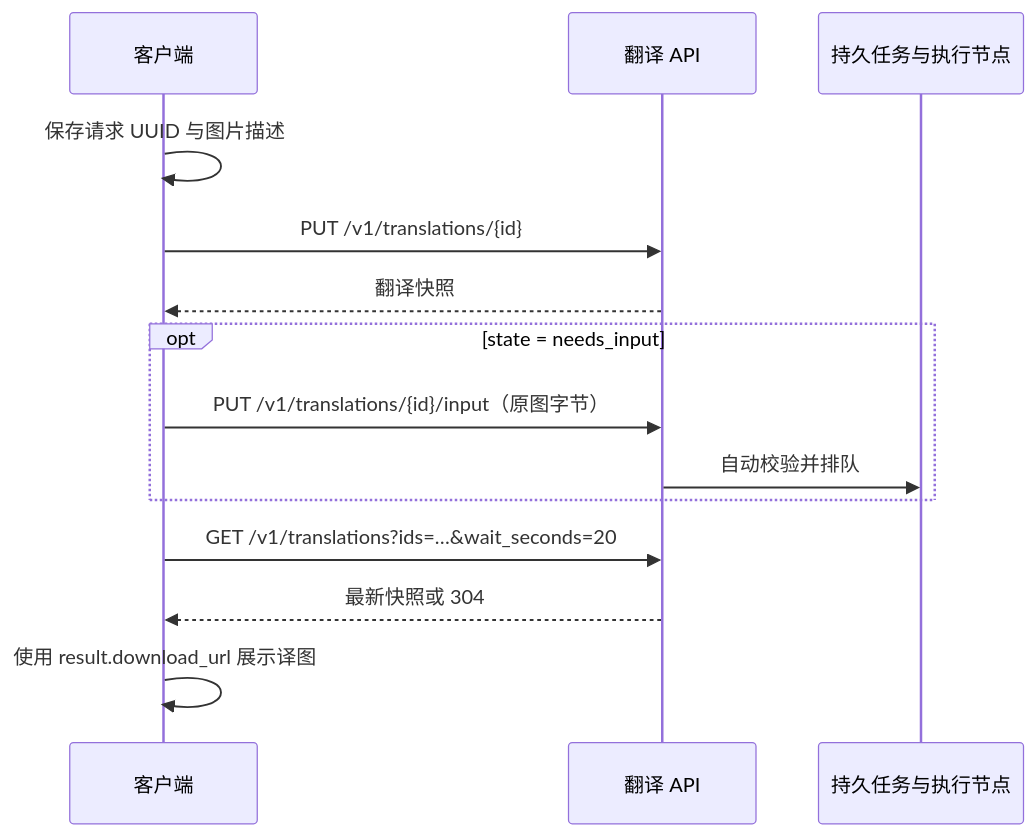
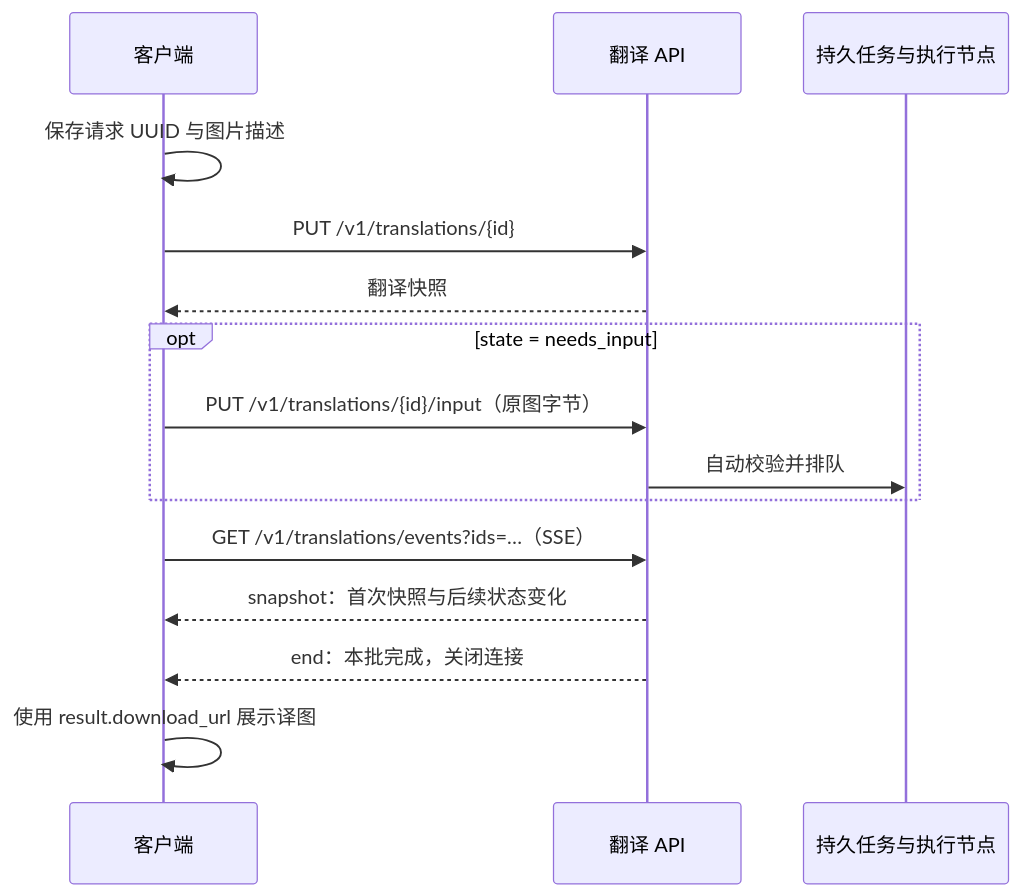
The diagram in docs/READING_TRANSLATION_CONTRACT.md (Wy2926/node-comics), drawn with Mermaid before and after one commit. The commit also changed other lines of this file and 29 other files, not shown here.

````diff
--- a/docs/READING_TRANSLATION_CONTRACT.md
+++ b/docs/READING_TRANSLATION_CONTRACT.md
@@ -9,16 +9,17 @@
 ```mermaid
 sequenceDiagram
   participant C as 客户端
   participant A as 翻译 API
   participant W as 持久任务与执行节点
   C->>C: 保存请求 UUID 与图片描述
   C->>A: PUT /v1/translations/{id}
   A-->>C: 翻译快照
   opt state = needs_input
     C->>A: PUT /v1/translations/{id}/input（原图字节）
     A->>W: 自动校验并排队
   end
-  C->>A: GET /v1/translations?ids=…&wait_seconds=20
-  A-->>C: 最新快照或 304
+  C->>A: GET /v1/translations/events?ids=…（SSE）
+  A-->>C: snapshot：首次快照与后续状态变化
+  A-->>C: end：本批完成，关闭连接
   C->>C: 使用 result.download_url 展示译图
 ```
````
